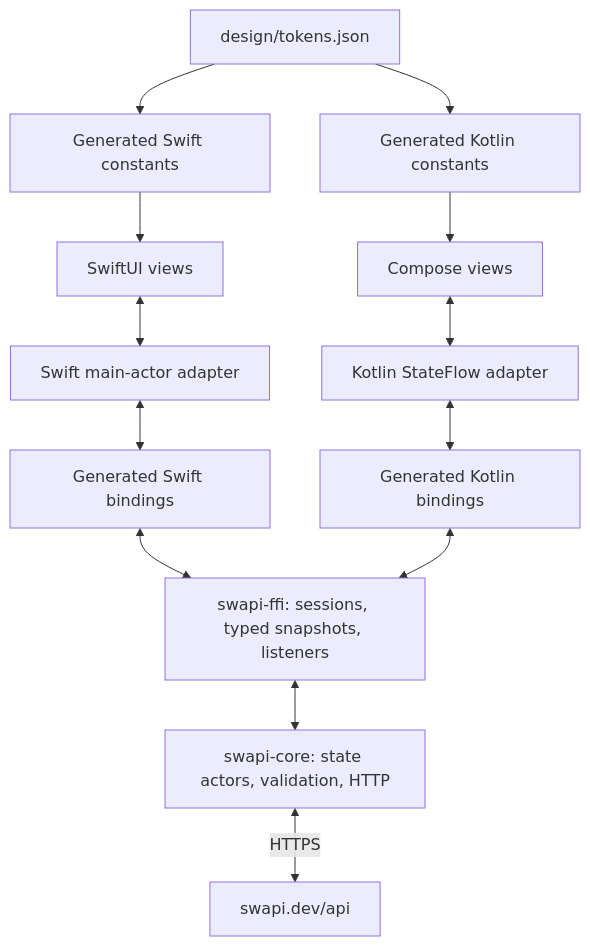
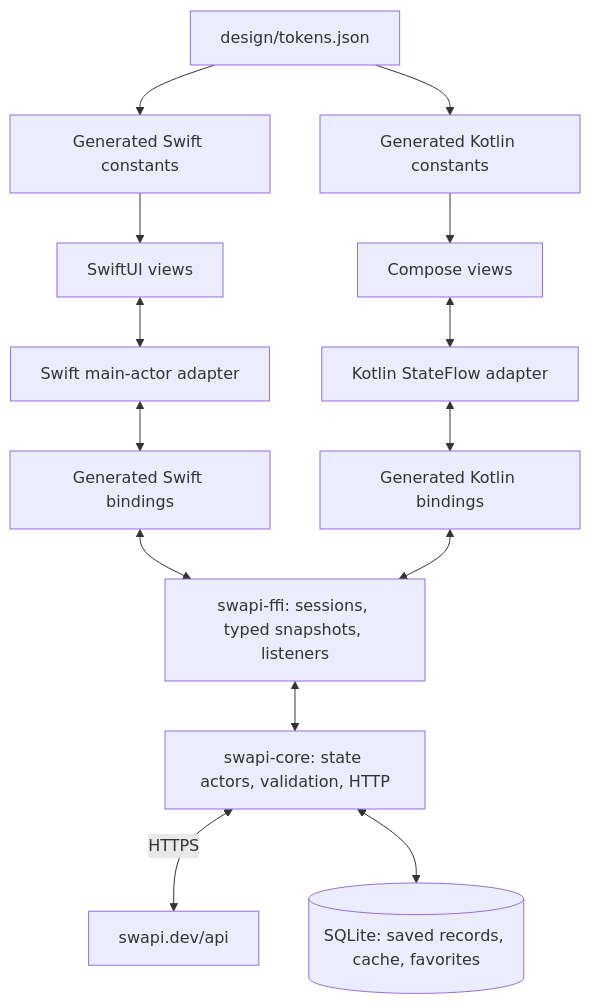
Before and after one commit to mikezupper/swapi-rust-native-mobile: the diagram in README.md, drawn with Mermaid. The commit also changed other lines of this file and 12 other files, not shown here.

````diff
--- a/README.md
+++ b/README.md
@@ -143,15 +148,16 @@
 ```mermaid
 flowchart TD
     S[SwiftUI views] <--> SA[Swift main-actor adapter]
     K[Compose views] <--> KA[Kotlin StateFlow adapter]
     SA <--> SB[Generated Swift bindings]
     KA <--> KB[Generated Kotlin bindings]
     SB <--> F[swapi-ffi: sessions, typed snapshots, listeners]
     KB <--> F
     F <--> C[swapi-core: state actors, validation, HTTP]
     C <-- HTTPS --> API[swapi.dev/api]
+    C <--> DB[(SQLite: saved records, cache, favorites)]
     T[design/tokens.json] --> SG[Generated Swift constants]
     T --> KG[Generated Kotlin constants]
     SG --> S
     KG --> K
 ```
````
